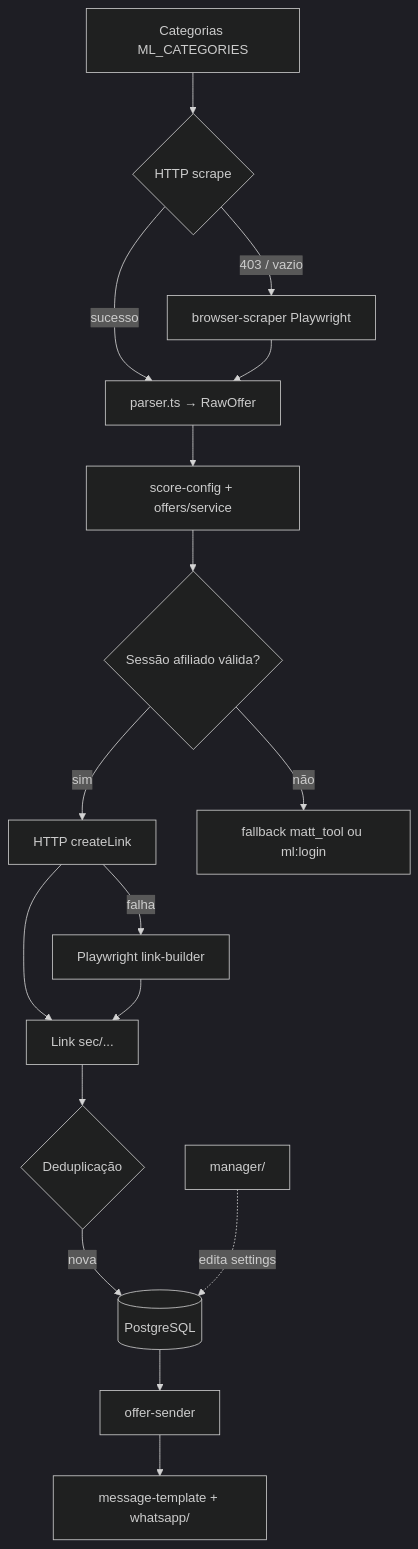
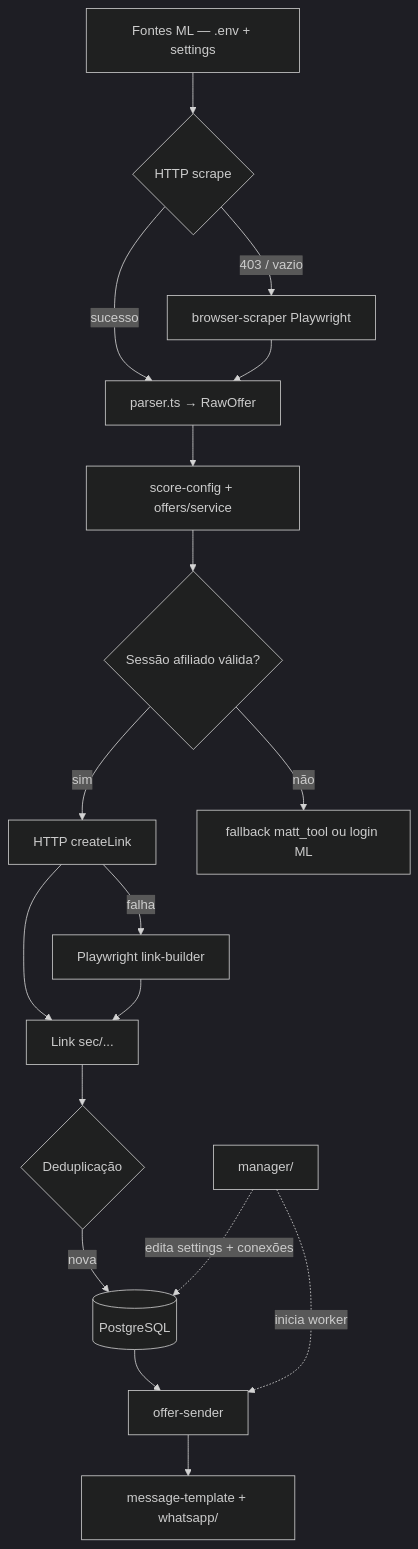
The diagram in .cursor/docs/architecture.md (YoungC0DE/radar-ofertas), drawn with Mermaid (dark theme) before and after one commit. The commit also changed other lines of this file and 12 other files, not shown here.

````diff
--- a/.cursor/docs/architecture.md
+++ b/.cursor/docs/architecture.md
@@ -63,19 +67,20 @@
 ```mermaid
 flowchart TD
-    A[Categorias ML_CATEGORIES] --> B{HTTP scrape}
+    A[Fontes ML — .env + settings] --> B{HTTP scrape}
     B -->|sucesso| C[parser.ts → RawOffer]
     B -->|403 / vazio| D[browser-scraper Playwright]
     D --> C
     C --> E[score-config + offers/service]
     E --> F{Sessão afiliado válida?}
     F -->|sim| G[HTTP createLink]
-    F -->|não| H[fallback matt_tool ou ml:login]
+    F -->|não| H[fallback matt_tool ou login ML]
     G -->|falha| I[Playwright link-builder]
     G --> J[Link sec/...]
     I --> J
     J --> K{Deduplicação}
     K -->|nova| L[(PostgreSQL)]
     L --> M[offer-sender]
     M --> N[message-template + whatsapp/]
-    O[manager/] -.->|edita settings| L
+    O[manager/] -.->|edita settings + conexões| L
+    O -.->|inicia worker| M
 ```
````
